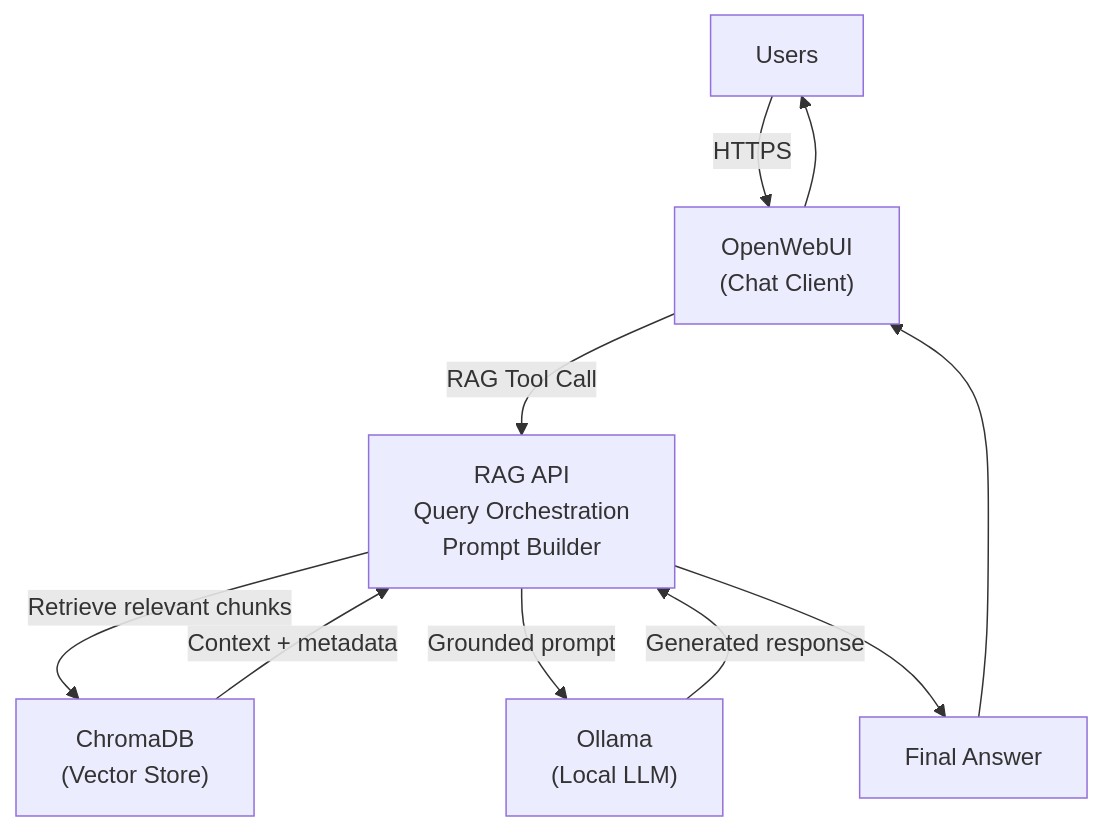
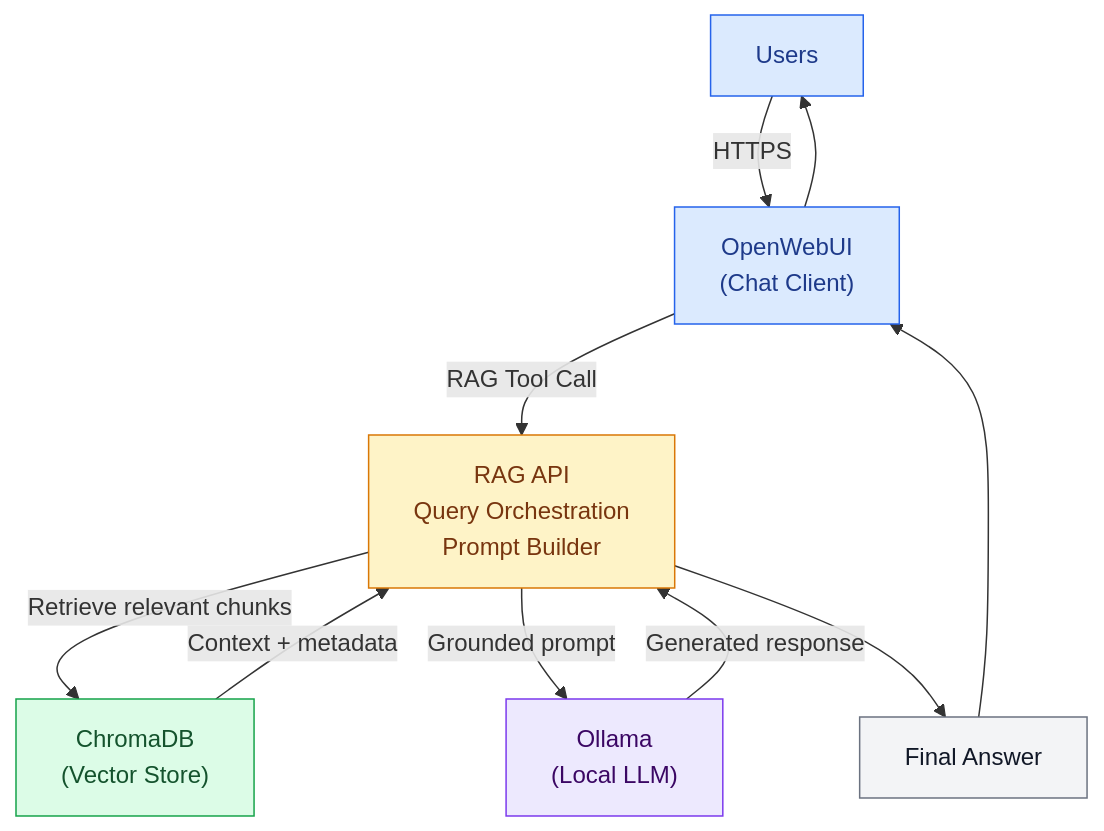
The first of 2 diagrams in docs/architecture/architecture-overview.md (Dv-beep/AI-POC-RAG-Design), drawn with Mermaid before and after one commit. The commit also changed other lines of this file and 1 other file, not shown here.

Commit message:
Enhance Mermaid diagrams with class definitions for improved visualization and clarity

````diff
--- a/docs/architecture/architecture-overview.md
+++ b/docs/architecture/architecture-overview.md
@@ -5,19 +5,31 @@
 ```mermaid
 flowchart TD
     U["Users"]
     W["OpenWebUI<br/>(Chat Client)"]
     R["RAG API<br/>Query Orchestration<br/>Prompt Builder"]
     C["ChromaDB<br/>(Vector Store)"]
     O["Ollama<br/>(Local LLM)"]
     A["Final Answer"]
 
     U -->|"HTTPS"| W
     W -->|"RAG Tool Call"| R
     R -->|"Retrieve relevant chunks"| C
     C -->|"Context + metadata"| R
     R -->|"Grounded prompt"| O
     O -->|"Generated response"| R
     R --> A
     A --> W
     W --> U
+
+    classDef user fill:#dbeafe,stroke:#2563eb,color:#1e3a8a
+    classDef service fill:#fef3c7,stroke:#d97706,color:#78350f
+    classDef model fill:#ede9fe,stroke:#7c3aed,color:#3b0764
+    classDef storage fill:#dcfce7,stroke:#16a34a,color:#14532d
+    classDef output fill:#f3f4f6,stroke:#6b7280,color:#111827
+
+    class U,W user
+    class R service
+    class C storage
+    class O model
+    class A output
 ```
````
